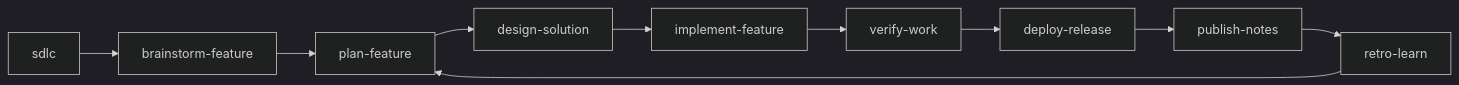
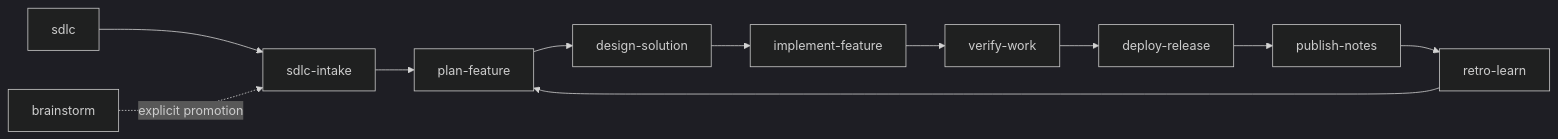
The second of 2 diagrams in ARCHITECTURE.md (HoangNguyen0403/agent-skills-standard), drawn with Mermaid (dark theme) before and after one commit. The commit also changed other lines of this file and 101 other files, not shown here.

First line of the commit message:
feat(workflows)!: separate brainstorm from sdlc-intake (#348)

````diff
--- a/ARCHITECTURE.md
+++ b/ARCHITECTURE.md
@@ -92,12 +92,13 @@
 ```mermaid
 graph LR
-  A[sdlc] --> B[brainstorm-feature]
+  A[sdlc] --> B[sdlc-intake]
+  X[brainstorm] -. explicit promotion .-> B
   B --> C[plan-feature]
   C --> D[design-solution]
   D --> E[implement-feature]
   E --> F[verify-work]
   F --> G[deploy-release]
   G --> H[publish-notes]
   H --> I[retro-learn]
   I --> C
 ```
````
